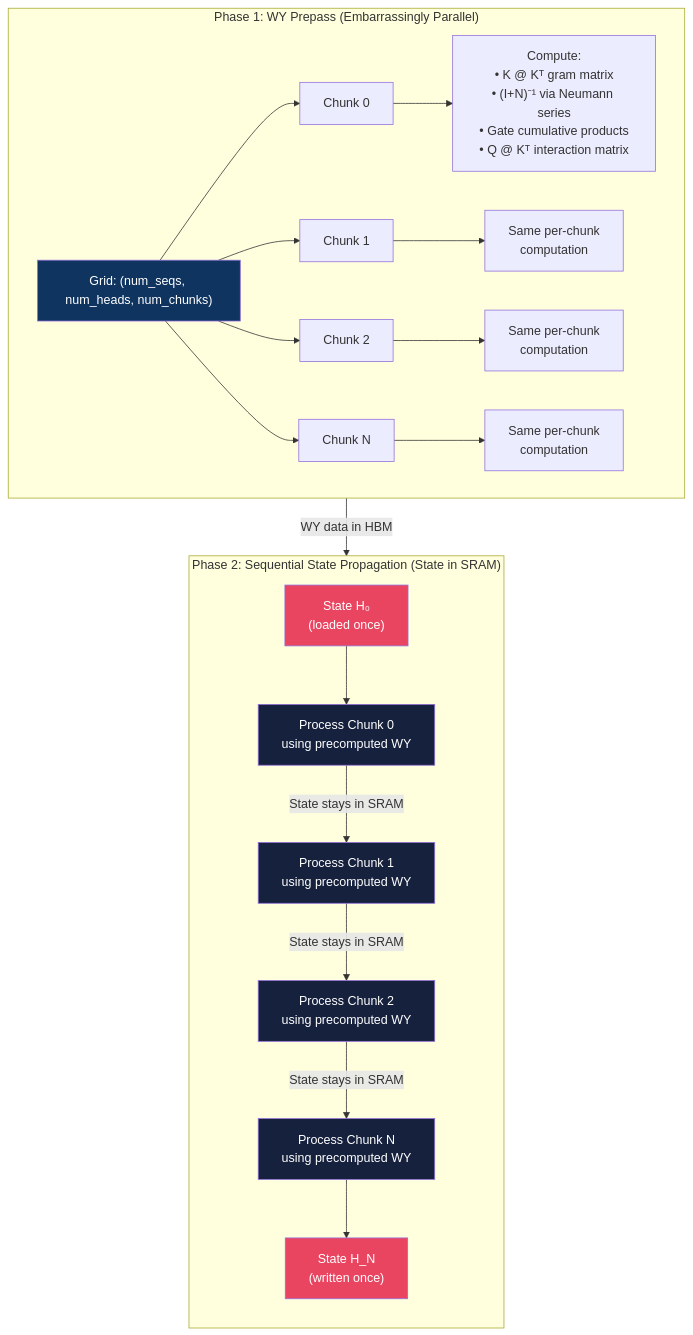
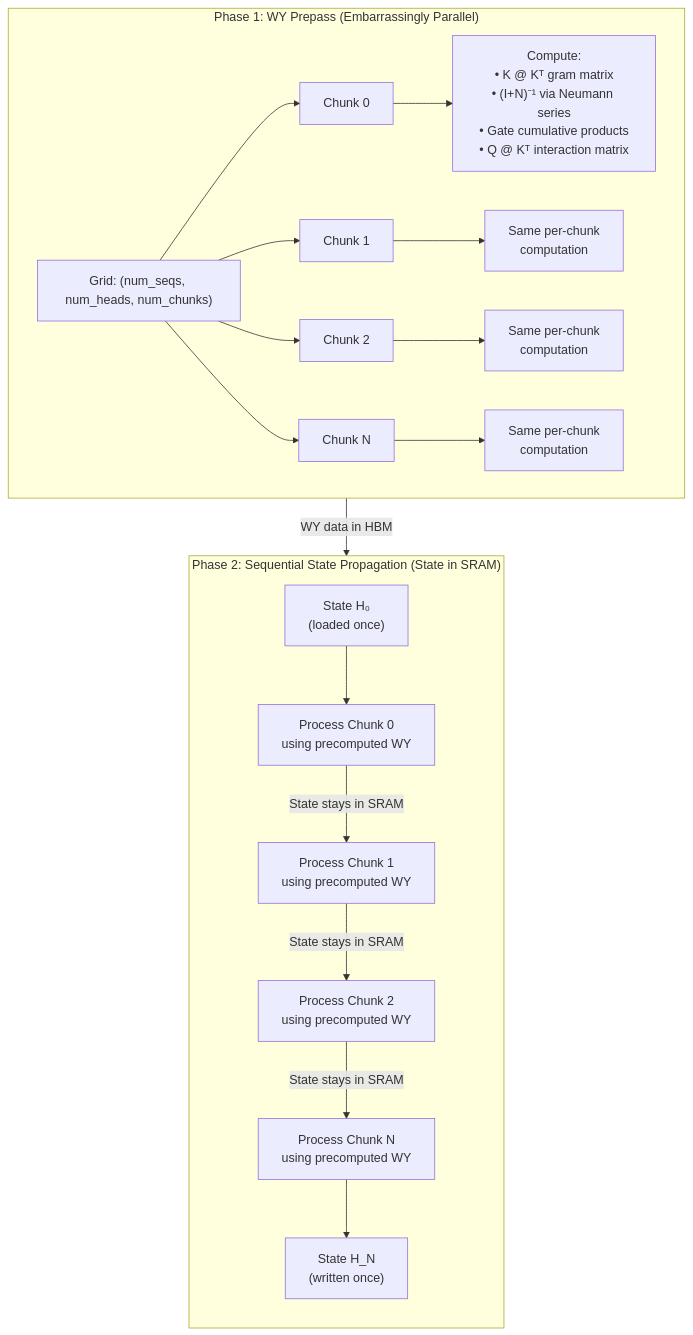
The fifth of 5 diagrams in blogs/qwen_3.5.md (Darshan-Baslani/simple_portfolio), drawn with Mermaid before and after one commit. The commit also changed other lines of this file and 12 other files, not shown here.

Commit message:
fix: graph text not visible

````diff
--- a/blogs/qwen_3.5.md
+++ b/blogs/qwen_3.5.md
@@ -373,35 +345,27 @@
 ```mermaid
 flowchart TB
     subgraph Phase1["Phase 1: WY Prepass (Embarrassingly Parallel)"]
         direction LR
         P1["Grid: (num_seqs, num_heads, num_chunks)"]
         P1 --> C1["Chunk 0"]
         P1 --> C2["Chunk 1"]
         P1 --> C3["Chunk 2"]
         P1 --> CN["Chunk N"]
 
         C1 --> WY1["Compute:<br/>• K @ Kᵀ gram matrix<br/>• (I+N)⁻¹ via Neumann series<br/>• Gate cumulative products<br/>• Q @ Kᵀ interaction matrix"]
         C2 --> WY2["Same per-chunk<br/>computation"]
         C3 --> WY3["Same per-chunk<br/>computation"]
         CN --> WYN["Same per-chunk<br/>computation"]
     end
 
     subgraph Phase2["Phase 2: Sequential State Propagation (State in SRAM)"]
         direction TB
         S0["State H₀<br/>(loaded once)"] --> PROC0["Process Chunk 0<br/>using precomputed WY"]
         PROC0 -->|"State stays in SRAM"| PROC1["Process Chunk 1<br/>using precomputed WY"]
         PROC1 -->|"State stays in SRAM"| PROC2["Process Chunk 2<br/>using precomputed WY"]
         PROC2 -->|"State stays in SRAM"| PROCN["Process Chunk N<br/>using precomputed WY"]
         PROCN --> SN["State H_N<br/>(written once)"]
     end
 
     Phase1 -->|"WY data in HBM"| Phase2
-
-    style P1 fill:#0f3460,color:#fff
-    style S0 fill:#e94560,color:#fff
-    style SN fill:#e94560,color:#fff
-    style PROC0 fill:#16213e,color:#fff
-    style PROC1 fill:#16213e,color:#fff
-    style PROC2 fill:#16213e,color:#fff
-    style PROCN fill:#16213e,color:#fff
 ```
````
